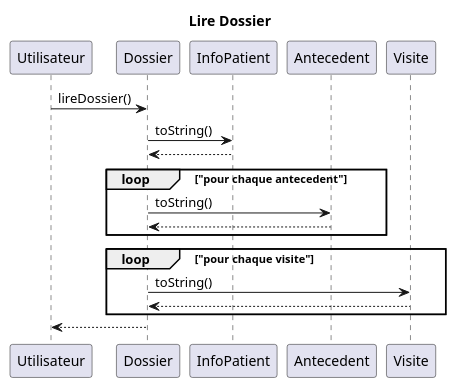
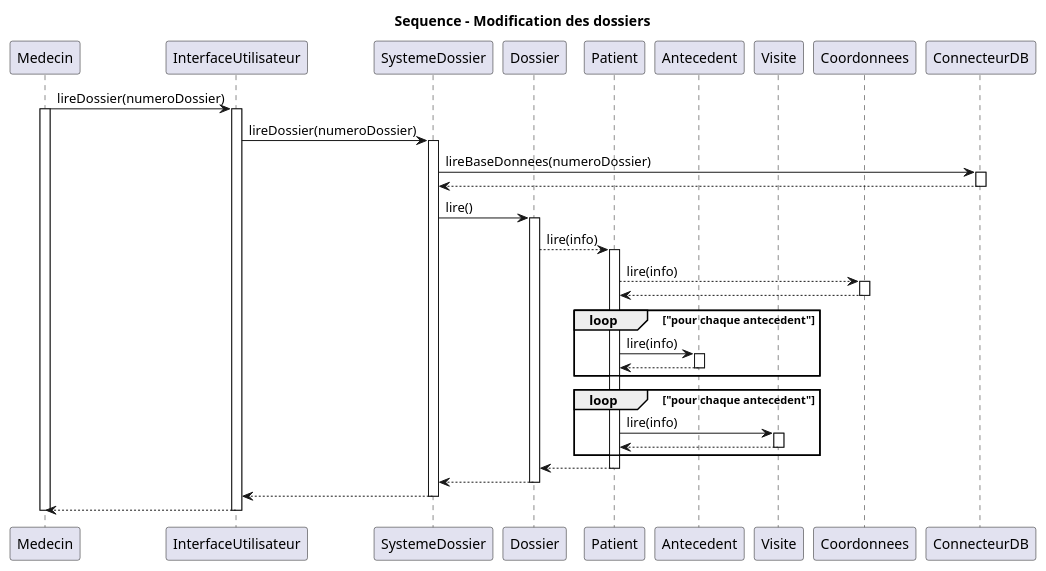
Before and after one commit to vbrayuqam/projet-genielog: the diagram in seqLireDossier.puml, drawn with PlantUML. The commit also changed 5 other files, not shown here.

```diff
--- a/seqLireDossier.puml
+++ b/seqLireDossier.puml
@@ -1,26 +1,64 @@
-@startuml seqLireDossier
+@startuml sequenceModificationPatient
 
-title Lire Dossier
+title Sequence - Modification des dossiers
 
-participant Utilisateur as U
+participant Medecin as M
+participant InterfaceUtilisateur as U
+participant SystemeDossier as S
 participant Dossier as D
-participant InfoPatient as I
+participant Patient as P
 participant Antecedent as A
 participant Visite as V
+participant Coordonnees as C
+participant ConnecteurDB as DB
 
 
-U -> D: lireDossier()
-D -> I: toString()
-I --> D
-loop "pour chaque antecedent"
-    D -> A: toString()
-    A --> D
-end
-loop "pour chaque visite"
-    D -> V: toString()
-    V --> D
-end
-D --> U
+M -> U: lireDossier(numeroDossier)
+activate M
+activate U
+U -> S: lireDossier(numeroDossier)
+activate S
+
+S -> DB: lireBaseDonnees(numeroDossier)
+activate DB
+DB --> S
+deactivate DB
 
 
+S -> D: lire()
+activate D
+D --> P: lire(info)
+activate P
+P --> C: lire(info)
+activate C
+C --> P
+deactivate C
+
+
+
+loop "pour chaque antecedent"
+  P -> A: lire(info)
+  activate A
+  A --> P
+  deactivate A
+end loop
+
+loop "pour chaque antecedent"
+  P -> V: lire(info)
+  activate V
+  V --> P
+  deactivate V
+end loop
+
+P --> D
+deactivate P
+D --> S
+deactivate D
+
+S --> U
+deactivate S
+U --> M
+deactivate U
+deactivate M
+
 @enduml
```
